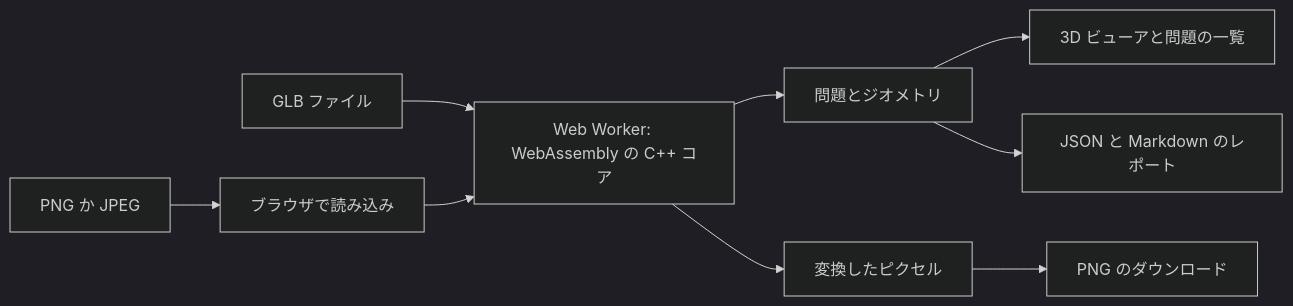
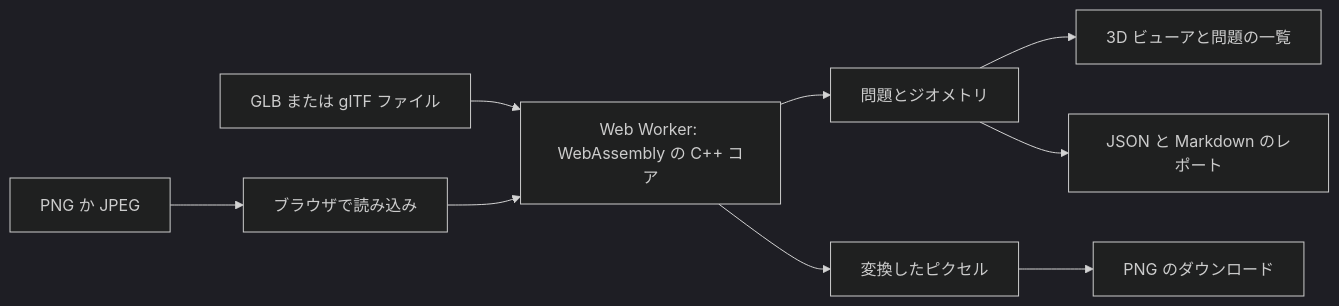
The diagram in README.ja.md (nokgc333/lint-asset), drawn with Mermaid (dark theme) before and after one commit. The commit also changed other lines of this file and 21 other files, not shown here.

````diff
--- a/README.ja.md
+++ b/README.ja.md
@@ -144,11 +148,11 @@
 ```mermaid
 flowchart LR
-  G[GLB ファイル] --> W["Web Worker: WebAssembly の C++ コア"]
+  G[GLB または glTF ファイル] --> W["Web Worker: WebAssembly の C++ コア"]
   W --> I[問題とジオメトリ]
   I --> V[3D ビューアと問題の一覧]
   I --> R[JSON と Markdown のレポート]
   T[PNG か JPEG] --> D[ブラウザで読み込み]
   D --> W
   W --> C[変換したピクセル]
   C --> P[PNG のダウンロード]
 ```
````
